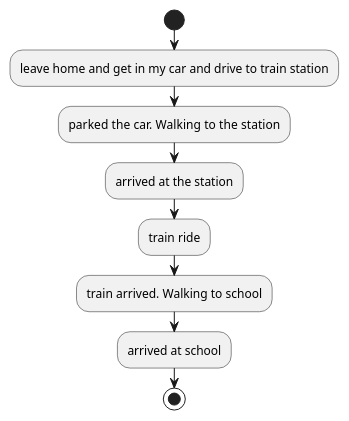
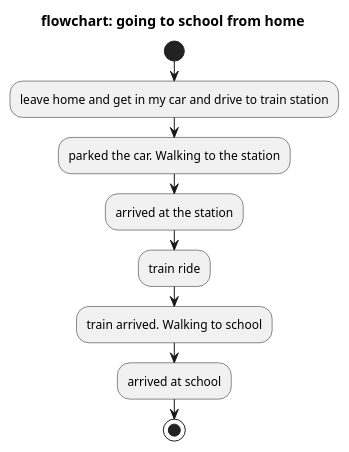
The first of 5 diagrams in src/chapter_1.md (MennoWentink/proces_and_safety_MennoWentink), drawn with PlantUML before and after one commit. The commit also changed 2 other files, not shown here.

Commit message:
spelling erros resolved

````diff
--- a/src/chapter_1.md
+++ b/src/chapter_1.md
@@ -25,14 +25,15 @@
 ```plantuml
 @startuml
 
+title flowchart: going to school from home
 start
 :leave home and get in my car and drive to train station;
 :parked the car. Walking to the station;
 :arrived at the station;
 :train ride;
 :train arrived. Walking to school;
 :arrived at school;
 stop
 
 @enduml
 ```
````
